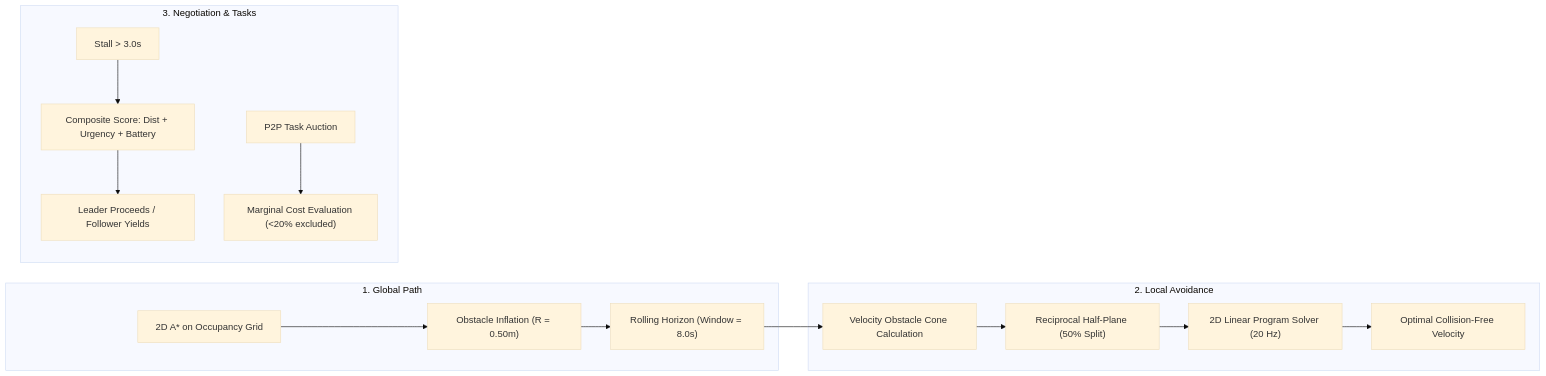
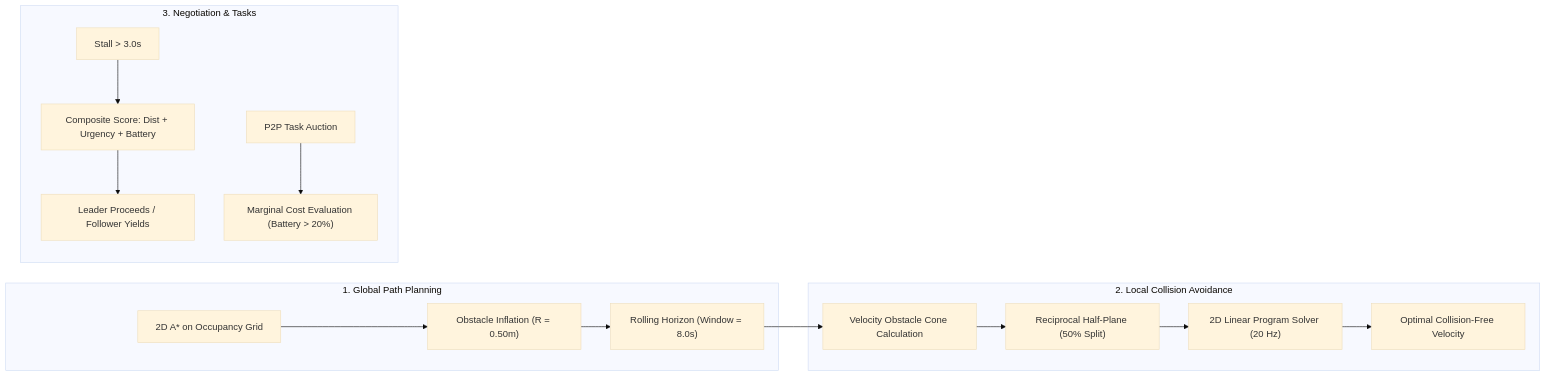
One commit to Hrishabh7664/decentralized-amr-fleet changed the second of 2 diagrams in README.md. Above: the diagram before and after it, drawn with Mermaid (base theme). The commit also changed other lines of this file and 3 other files, not shown here.

Commit message:
fix(docs): resolve Mermaid flowchart syntax errors, fix KaTeX math parsing, and update badge URLs

````diff
--- a/README.md
+++ b/README.md
@@ -117,20 +120,20 @@
 ```mermaid
-graph LR
-    subgraph Global Planning [1. Global Path]
+flowchart LR
+    subgraph sub_gp ["1. Global Path Planning"]
         AStar["2D A* on Occupancy Grid"] --> Inflation["Obstacle Inflation (R = 0.50m)"]
         Inflation --> RH["Rolling Horizon (Window = 8.0s)"]
     end
 
-    subgraph Local ORCA [2. Local Avoidance]
+    subgraph sub_orca ["2. Local Collision Avoidance"]
         RH --> VO["Velocity Obstacle Cone Calculation"]
         VO --> HalfPlane["Reciprocal Half-Plane (50% Split)"]
         HalfPlane --> LP2["2D Linear Program Solver (20 Hz)"]
         LP2 --> CmdVel["Optimal Collision-Free Velocity"]
     end
 
-    subgraph Deadlock & Auction [3. Negotiation & Tasks]
+    subgraph sub_deadlock ["3. Negotiation & Tasks"]
         Stall["Stall > 3.0s"] --> Priority["Composite Score: Dist + Urgency + Battery"]
         Priority --> Leader["Leader Proceeds / Follower Yields"]
-        Auction["P2P Task Auction"] --> Marginal["Marginal Cost Evaluation (<20% excluded)"]
+        Auction["P2P Task Auction"] --> Marginal["Marginal Cost Evaluation (Battery > 20%)"]
     end
 ```
````
